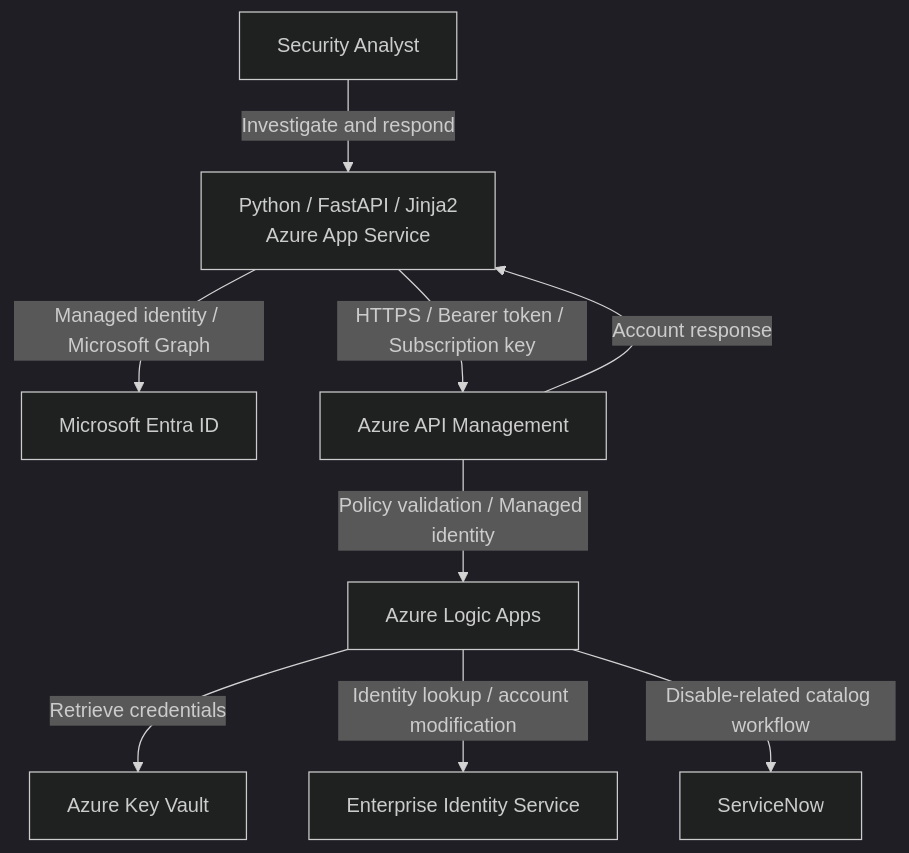
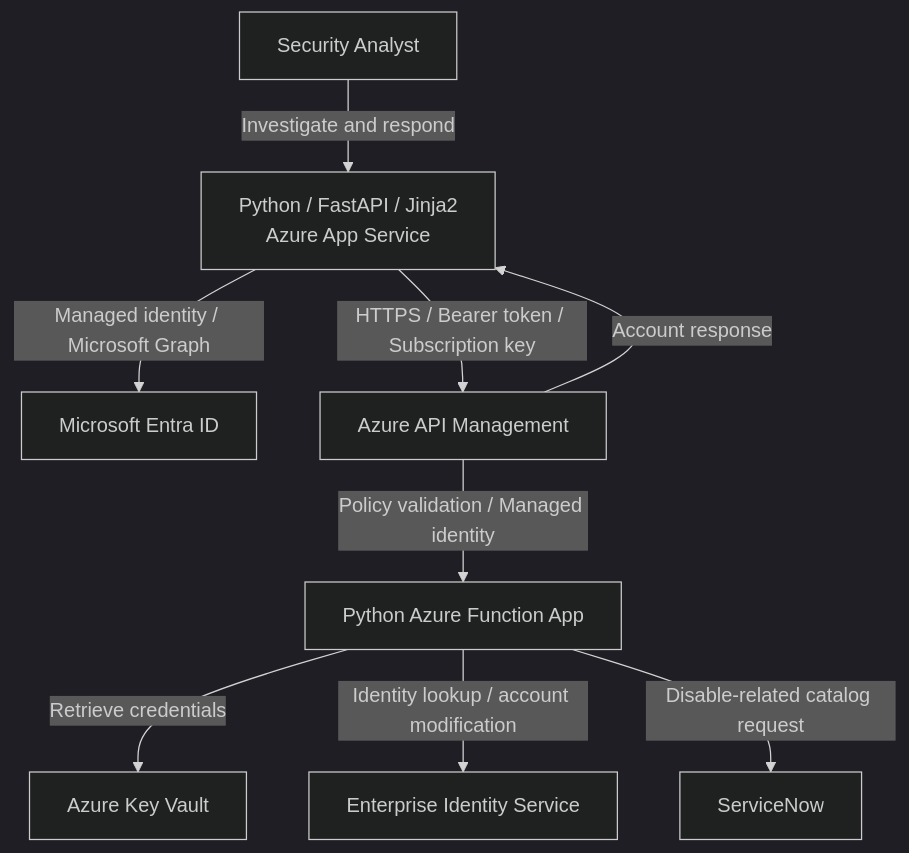
One commit to gabriel-wolf/azure-identity-security-response changed the diagram in README.md. Above: the diagram before and after it, drawn with Mermaid (dark theme). The commit also changed other lines of this file, not shown here.

````diff
--- a/README.md
+++ b/README.md
@@ -29,11 +29,11 @@
 ```mermaid
 flowchart TD
     Analyst[Security Analyst] -->|Investigate and respond| App[Python / FastAPI / Jinja2<br/>Azure App Service]
     App -->|Managed identity / Microsoft Graph| Entra[Microsoft Entra ID]
     App -->|HTTPS / Bearer token / Subscription key| APIM[Azure API Management]
-    APIM -->|Policy validation / Managed identity| Logic[Azure Logic Apps]
-    Logic -->|Retrieve credentials| Vault[Azure Key Vault]
-    Logic -->|Identity lookup / account modification| Identity[Enterprise Identity Service]
-    Logic -->|Disable-related catalog workflow| SN[ServiceNow]
+    APIM -->|Policy validation / Managed identity| Functions[Python Azure Function App]
+    Functions -->|Retrieve credentials| Vault[Azure Key Vault]
+    Functions -->|Identity lookup / account modification| Identity[Enterprise Identity Service]
+    Functions -->|Disable-related catalog request| SN[ServiceNow]
     APIM -->|Account response| App
 ```
````
